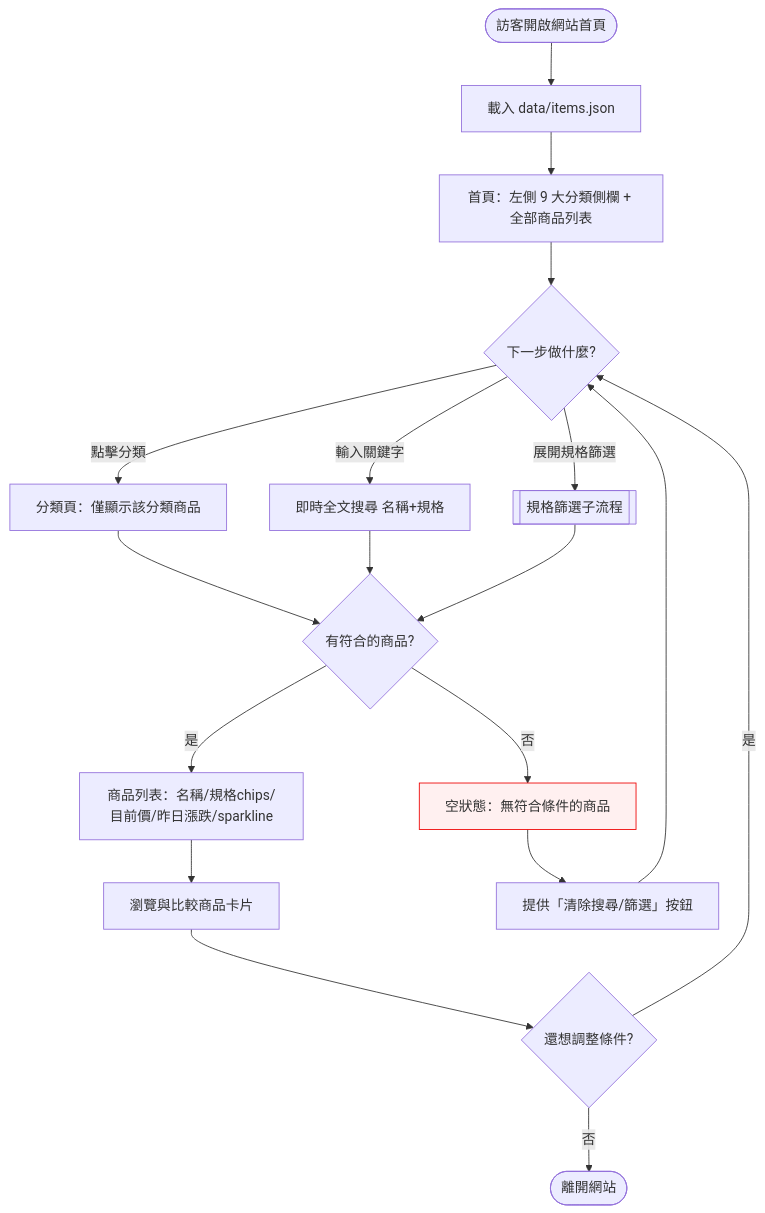
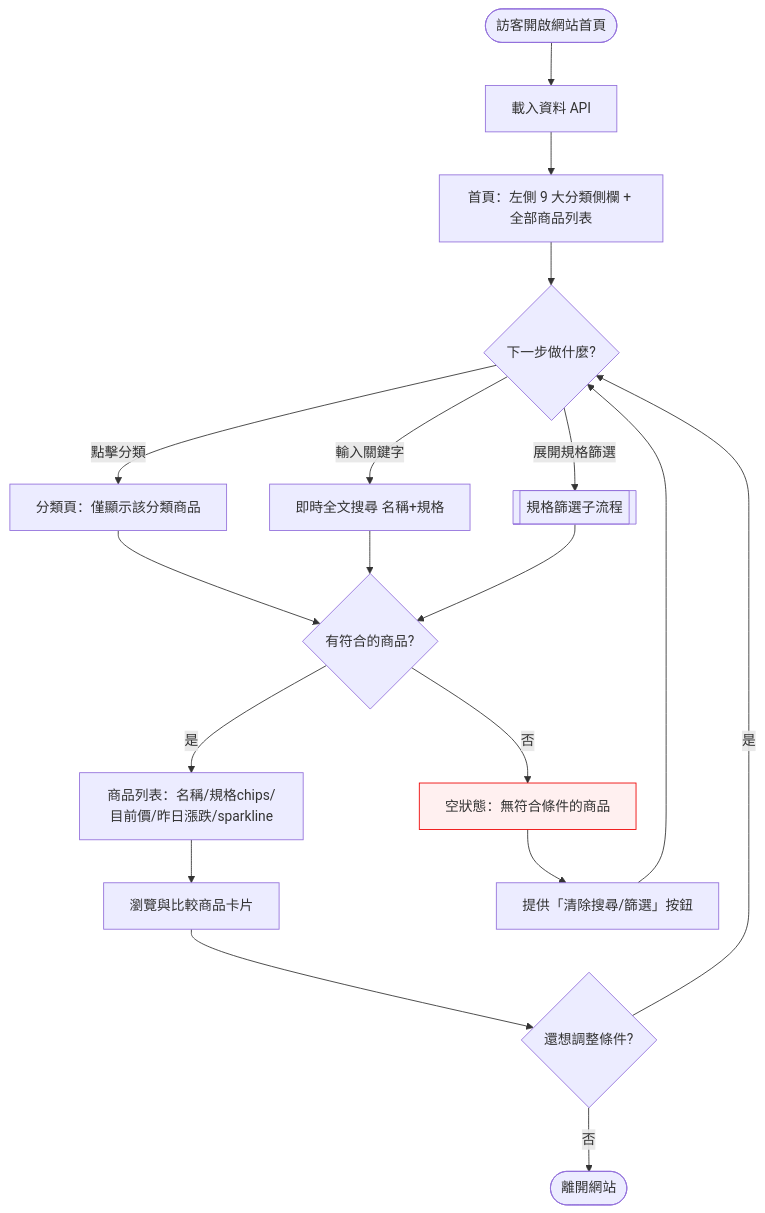
Before and after one commit to YuHaoLiaoSideProject/CoolPCTracker: the first of 2 diagrams in docs/interaction-flows/003-frontend-listing-search.md, drawn with Mermaid. The commit also changed other lines of this file and 15 other files, not shown here.

````diff
--- a/docs/interaction-flows/003-frontend-listing-search.md
+++ b/docs/interaction-flows/003-frontend-listing-search.md
@@ -33,28 +33,28 @@
 ```mermaid
 flowchart TD
-    Start([訪客開啟網站首頁]) --> Load[載入 data/items.json]
+    Start([訪客開啟網站首頁]) --> Load[載入資料 API]
     Load --> Sidebar[首頁：左側 9 大分類側欄 + 全部商品列表]
     Sidebar --> Choice{下一步做什麼?}
 
     Choice -->|點擊分類| Cat[分類頁：僅顯示該分類商品]
     Cat --> Result
 
     Choice -->|輸入關鍵字| Search[即時全文搜尋 名稱+規格]
     Search --> Result
 
     Choice -->|展開規格篩選| Flt[[規格篩選子流程]]
     Flt --> Result
 
     Result{有符合的商品?}
     Result -->|是| List[商品列表：名稱/規格chips/目前價/昨日漲跌/sparkline]
     List --> Inspect[瀏覽與比較商品卡片]
     Inspect --> More{還想調整條件?}
     More -->|是| Choice
     More -->|否| End([離開網站])
 
     Result -->|否| Empty[空狀態：無符合條件的商品]
     Empty --> Clear[提供「清除搜尋/篩選」按鈕]
     Clear --> Choice
 
     style Empty fill:#fff0f0,stroke:#e00
 ```
````
